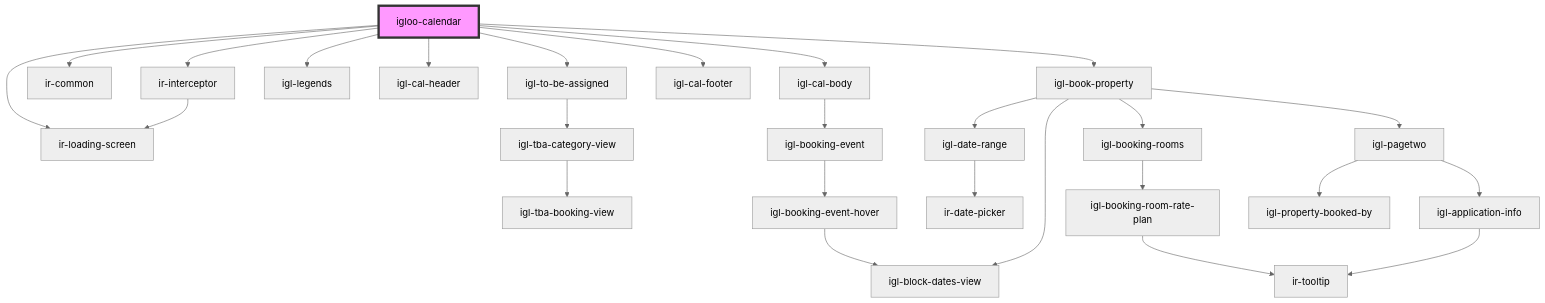
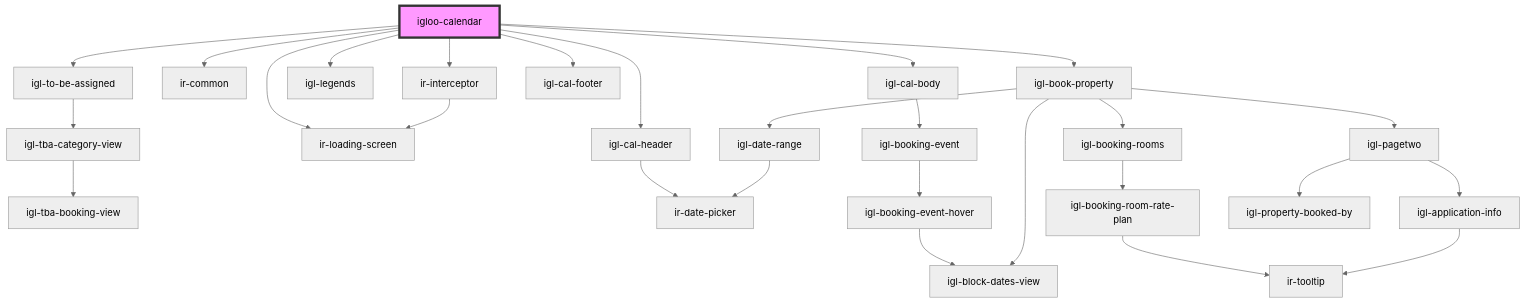
Before and after one commit to David1Chowaifaty/modified-ir-webcmp: the diagram in src/components/igloo-calendar/readme.md, drawn with Mermaid (neutral theme). The commit also changed 5 other files, not shown here.

````diff
--- a/src/components/igloo-calendar/readme.md
+++ b/src/components/igloo-calendar/readme.md
@@ -45,29 +45,30 @@
 ```mermaid
 graph TD;
   igloo-calendar --> ir-interceptor
   igloo-calendar --> ir-common
   igloo-calendar --> igl-to-be-assigned
   igloo-calendar --> igl-legends
   igloo-calendar --> igl-cal-header
   igloo-calendar --> igl-cal-body
   igloo-calendar --> igl-cal-footer
   igloo-calendar --> ir-loading-screen
   igloo-calendar --> igl-book-property
   ir-interceptor --> ir-loading-screen
   igl-to-be-assigned --> igl-tba-category-view
   igl-tba-category-view --> igl-tba-booking-view
+  igl-cal-header --> ir-date-picker
   igl-cal-body --> igl-booking-event
   igl-booking-event --> igl-booking-event-hover
   igl-booking-event-hover --> igl-block-dates-view
   igl-book-property --> igl-date-range
   igl-book-property --> igl-booking-rooms
   igl-book-property --> igl-block-dates-view
   igl-book-property --> igl-pagetwo
   igl-date-range --> ir-date-picker
   igl-booking-rooms --> igl-booking-room-rate-plan
   igl-booking-room-rate-plan --> ir-tooltip
   igl-pagetwo --> igl-application-info
   igl-pagetwo --> igl-property-booked-by
   igl-application-info --> ir-tooltip
   style igloo-calendar fill:#f9f,stroke:#333,stroke-width:4px
 ```
````
